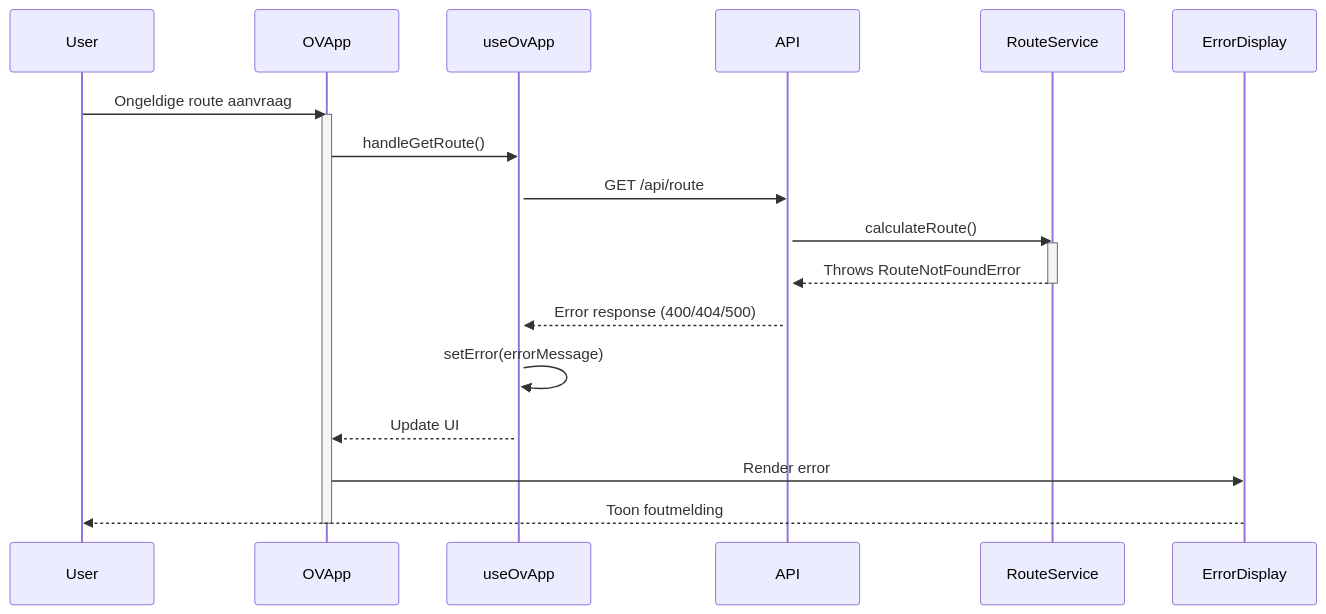
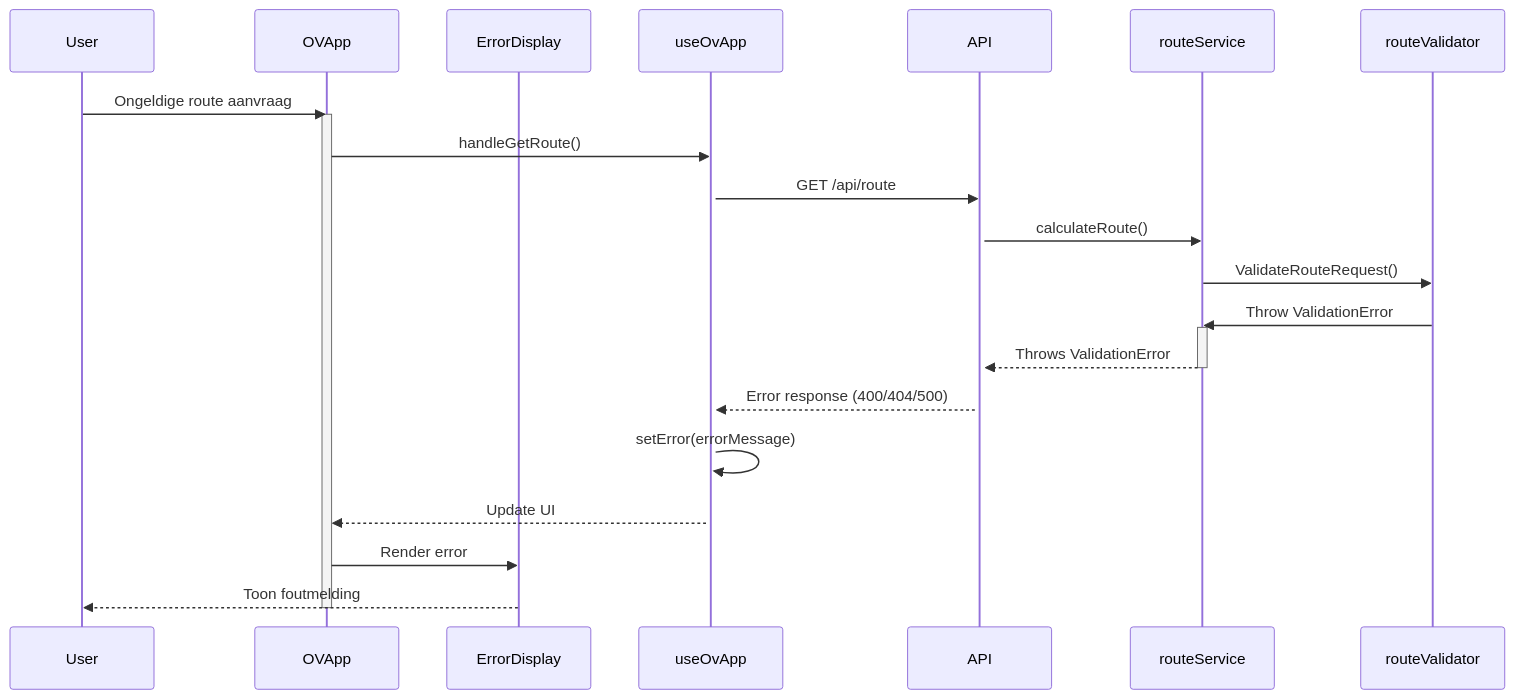
Before and after one commit to JeffreyvnZanten/ADSD-Fase2-OV-app: the diagram in Xdiagrams/sequencediagram error massage.md, drawn with Mermaid.

Commit message:
Flow van sequence diagram gefixed zodat die klopt

````diff
--- a/Xdiagrams/sequencediagram error massage.md
+++ b/Xdiagrams/sequencediagram error massage.md
@@ -1,26 +1,29 @@
 ```mermaid
 sequenceDiagram
     participant User
-    participant OVApp
+    participant OVApp 
+    participant ErrorDisplay
     participant useOvApp
     participant API
-    participant RouteService
-    participant ErrorDisplay
+    participant routeService
+    participant routeValidator
 
     User->>OVApp: Ongeldige route aanvraag
     activate OVApp
     OVApp->>useOvApp: handleGetRoute()
     activate useOvApp
     useOvApp->>API: GET /api/route
     activate API
-    API->>RouteService: calculateRoute()
-    activate RouteService
-    RouteService-->>API: Throws RouteNotFoundError
-    deactivate RouteService
+    API->>routeService: calculateRoute()
+    routeService->>routeValidator: ValidateRouteRequest()
+    routeValidator->>routeService: Throw ValidationError
+    activate routeService
+    routeService-->>API: Throws ValidationError
+    deactivate routeService
     API-->>useOvApp: Error response (400/404/500)
     useOvApp->>useOvApp: setError(errorMessage)
     useOvApp-->>OVApp: Update UI
     OVApp->>ErrorDisplay: Render error
     ErrorDisplay-->>User: Toon foutmelding
     deactivate OVApp
 ```
````
